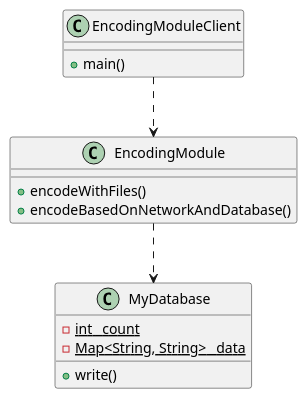
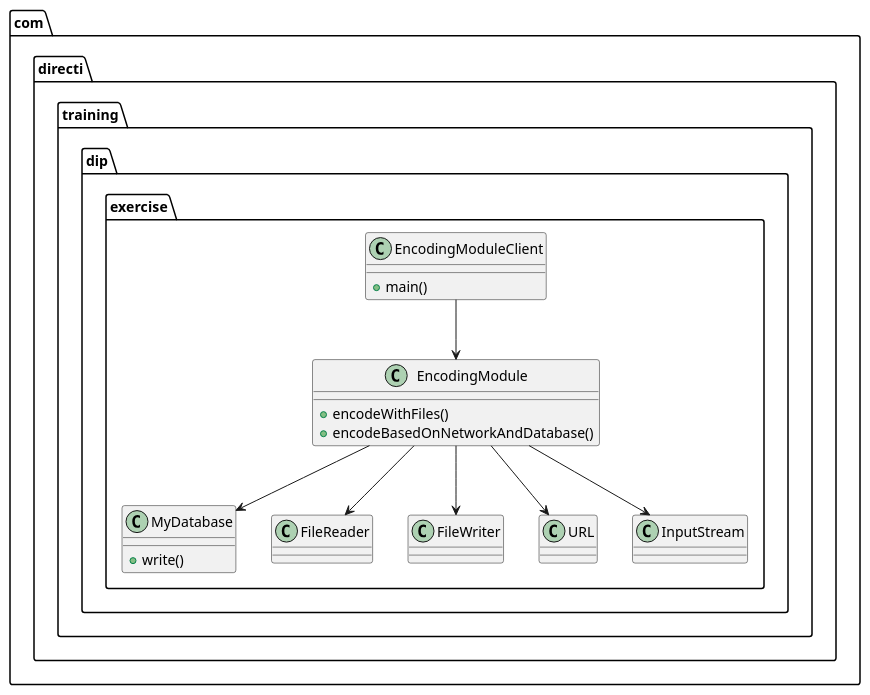
Before and after one commit to azizmass/SOLID: the diagram in DIP/uml.puml, drawn with PlantUML. The commit also changed 36 other files, not shown here.

```diff
--- a/DIP/uml.puml
+++ b/DIP/uml.puml
@@ -1,23 +1,20 @@
 @startuml
-
-class EncodingModule {
-  +encodeWithFiles()
-  +encodeBasedOnNetworkAndDatabase()
+package com.directi.training.dip.exercise {
+  class EncodingModule {
+    +encodeWithFiles()
+    +encodeBasedOnNetworkAndDatabase()
+  }
+  class EncodingModuleClient {
+    +main()
+  }
+  class MyDatabase {
+    +write()
+  }
+  EncodingModule --> FileReader
+  EncodingModule --> FileWriter
+  EncodingModule --> URL
+  EncodingModule --> InputStream
+  EncodingModule --> MyDatabase
+  EncodingModuleClient --> EncodingModule
 }
-
-class EncodingModuleClient {
-  +main()
-}
-
-class MyDatabase {
-  -{static} int _count
-  -{static} Map<String, String> _data
-  +write()
-}
-
-EncodingModuleClient ..> EncodingModule
-EncodingModule ..> MyDatabase
-
-
-
 @enduml
```
